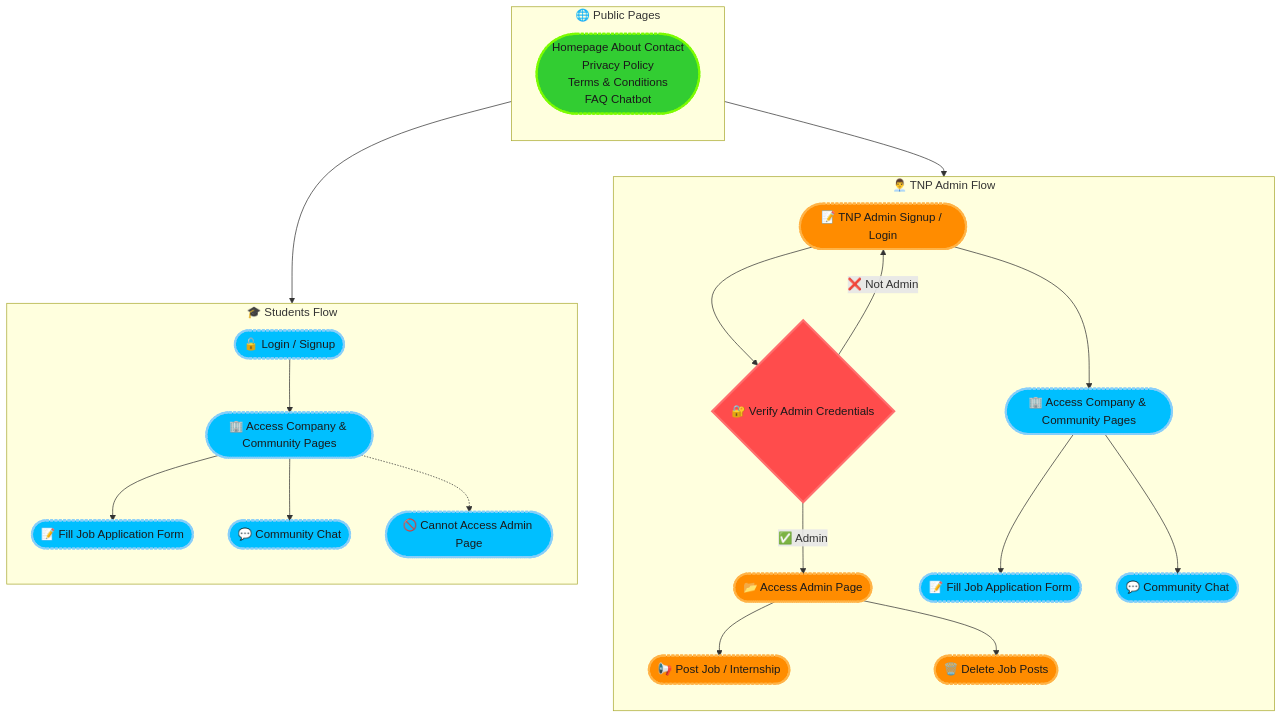
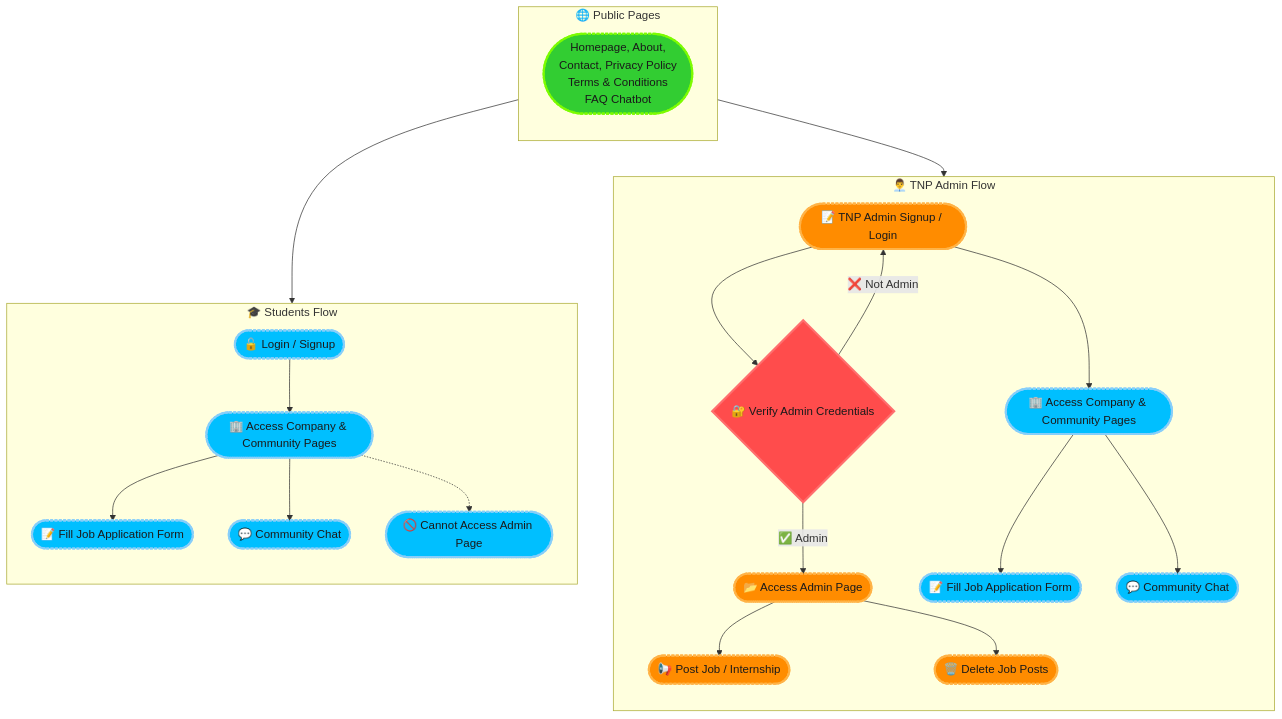
Before and after one commit to deepak-pandey1/BPIT-CareerHub: the diagram in README.md, drawn with Mermaid.

````diff
--- a/README.md
+++ b/README.md
@@ -9,44 +9,44 @@
 ```mermaid
 graph TD
     %% Define styles
     classDef adminNode fill:#ff8c00,stroke:#ffb347,stroke-width:3px,color:#1a1a1a,stroke-dasharray:4 2,round
     classDef studentNode fill:#00bfff,stroke:#87cefa,stroke-width:3px,color:#1a1a1a,stroke-dasharray:4 2,round
     classDef publicNode fill:#32cd32,stroke:#7cfc00,stroke-width:3px,color:#1a1a1a,stroke-dasharray:4 2,round
     classDef decisionNode fill:#ff4c4c,stroke:#ff6e6e,stroke-width:3px,color:#1a1a1a
 
     %% Shared Public Access
     subgraph Public["🌐 Public Pages"]
         direction TB
-        P1([Homepage About Contact<br> Privacy Policy<br> Terms & Conditions<br> FAQ Chatbot]):::publicNode
+        P1([Homepage, About,<br> Contact, Privacy Policy<br> Terms & Conditions<br> FAQ Chatbot]):::publicNode
     end
 
     %% TNP Admin Flow
     subgraph TNP_Admin["👨‍💼 TNP Admin Flow"]
         direction TB
         A1([📝 TNP Admin Signup / Login]):::adminNode --> B1{🔐 Verify Admin Credentials}:::decisionNode
         B1 -->|✅ Admin| C1([📂 Access Admin Page]):::adminNode
         B1 -->|❌ Not Admin| A1
 
         C1 --> D1([📢 Post Job / Internship]):::adminNode
         C1 --> E1([🗑️ Delete Job Posts]):::adminNode
 
         A1 --> A2([🏢 Access Company & Community Pages]):::studentNode
         A2 --> A3([📝 Fill Job Application Form]):::studentNode
         A2 --> A4([💬 Community Chat]):::studentNode
     end
 
     %% Students Flow
     subgraph Students["🎓 Students Flow"]
         direction TB
         S1([🔓 Login / Signup]):::studentNode --> S2([🏢 Access Company & Community Pages]):::studentNode
         S2 --> S3([📝 Fill Job Application Form]):::studentNode
         S2 --> S4([💬 Community Chat]):::studentNode
         S2 -.-> S5([🚫 Cannot Access Admin Page]):::studentNode
     end
 
     %% Connect Public to both flows
     P1 --> A1
     P1 --> S1
 
 
 ```
````
